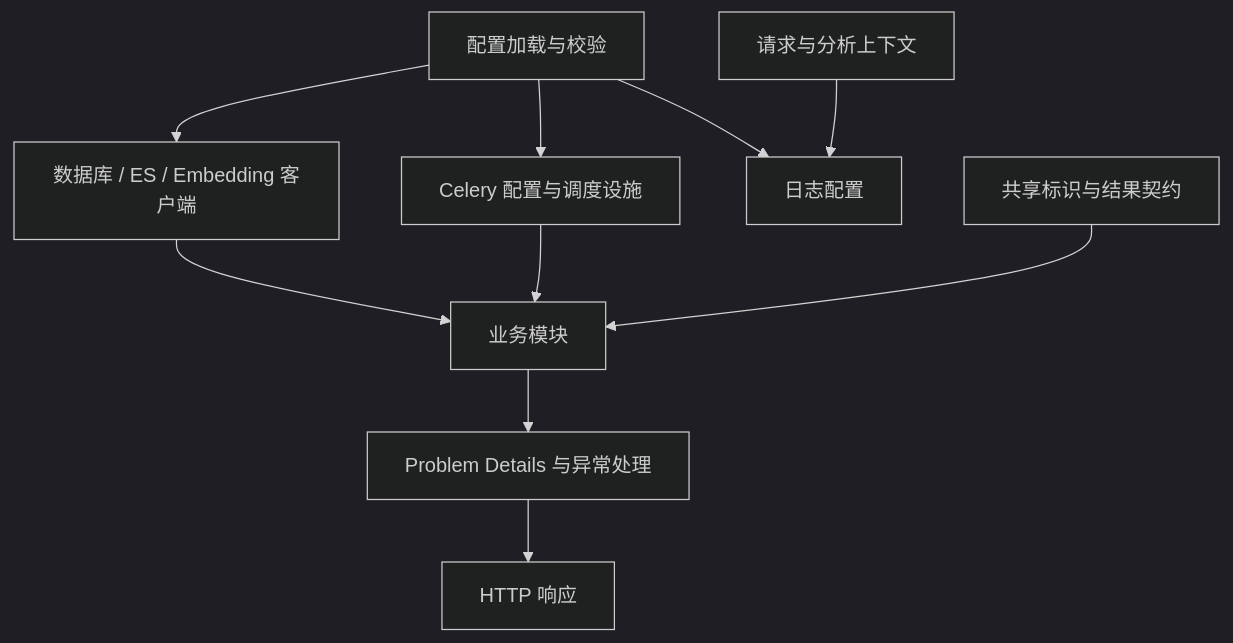
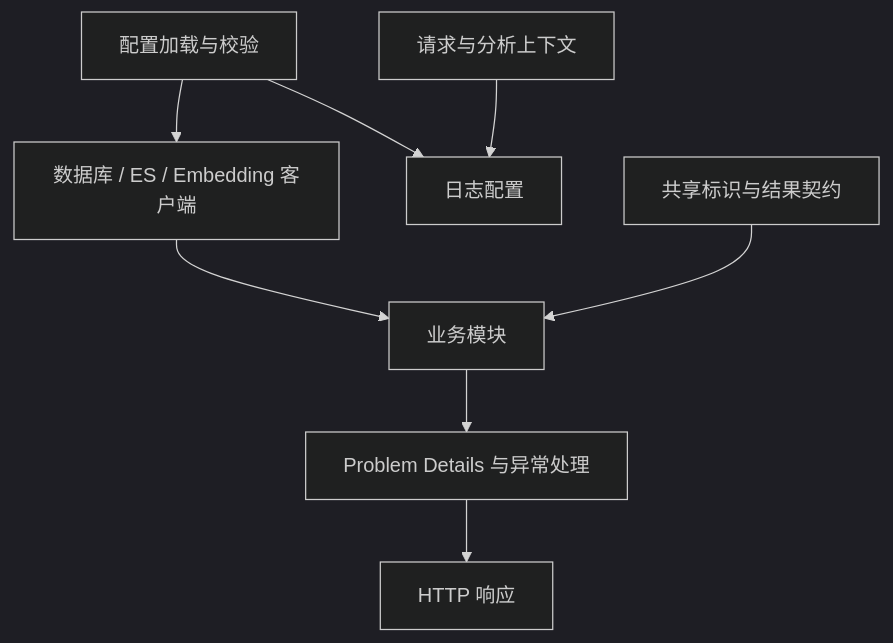
One commit to 2739673455/dataagent changed the diagram in docs/01_公共基础能力.md. Above: the diagram before and after it, drawn with Mermaid (dark theme). The commit also changed other lines of this file and 69 other files, not shown here.

````diff
--- a/docs/01_公共基础能力.md
+++ b/docs/01_公共基础能力.md
@@ -7,12 +7,10 @@
 ```mermaid
 flowchart TD
     CONFIG[配置加载与校验] --> CLIENTS[数据库 / ES / Embedding 客户端]
-    CONFIG --> TASKS[Celery 配置与调度设施]
     CONFIG --> LOG[日志配置]
     CONTRACTS[共享标识与结果契约] --> MODULES[业务模块]
     CLIENTS --> MODULES
-    TASKS --> MODULES
     ERRORS[Problem Details 与异常处理] --> HTTP[HTTP 响应]
     MODULES --> ERRORS
     TRACE[请求与分析上下文] --> LOG
 ```
````
